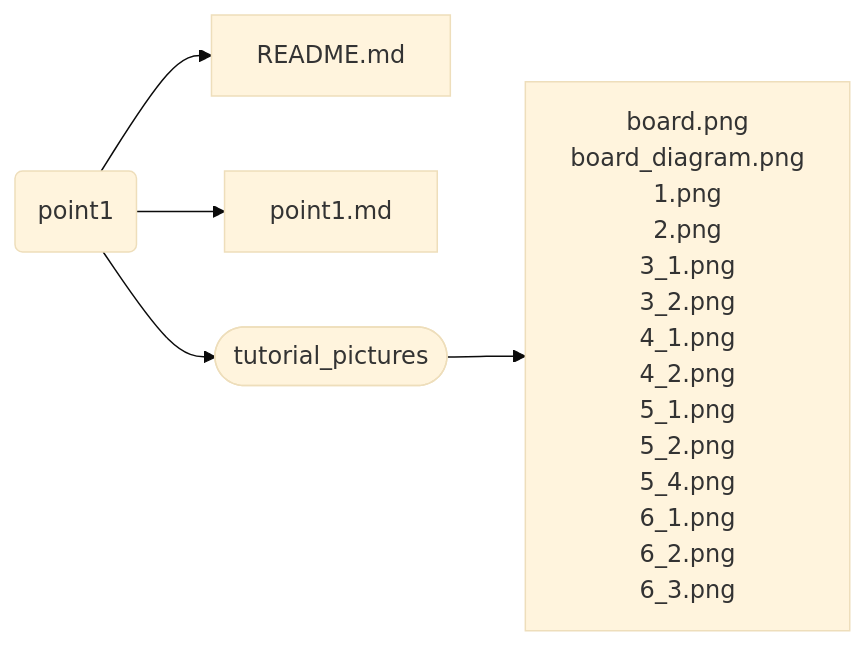
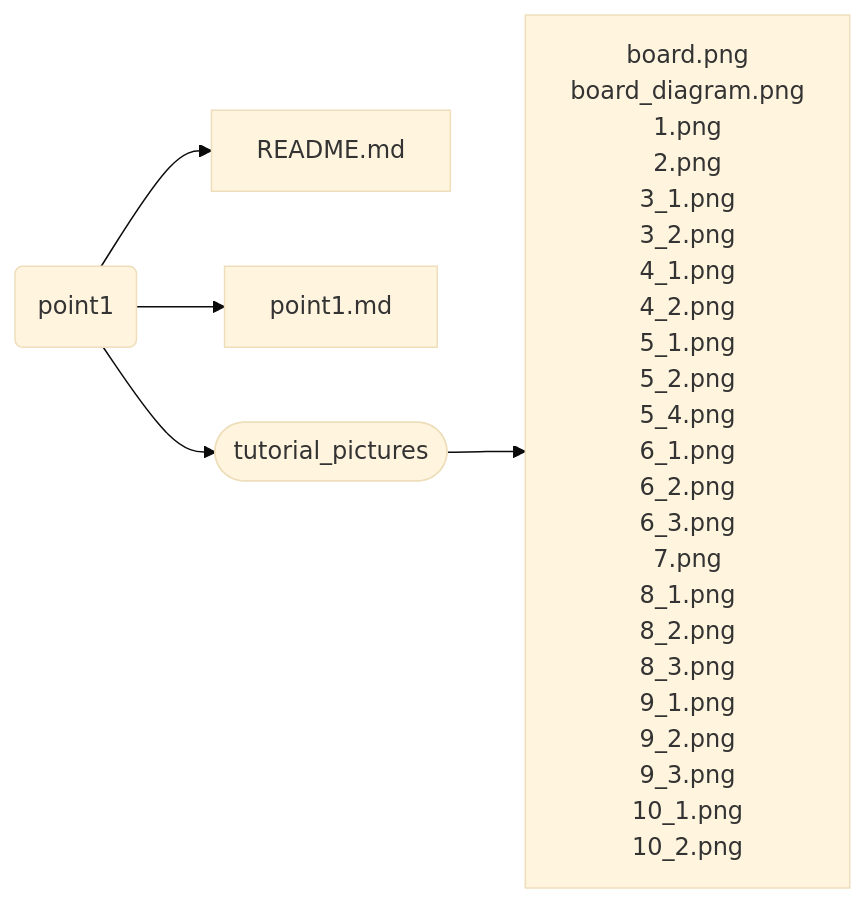
The second of 4 diagrams in README.md (smokyisthatyou/STM32Nucleo64), drawn with Mermaid before and after one commit. The commit also changed other lines of this file, not shown here.

````diff
--- a/README.md
+++ b/README.md
@@ -40,17 +40,16 @@
 ```mermaid
 %%{init: {'theme':'base'}}%%
 graph LR;
 p1(point1)
 p1-->README.md;
 p1-->point1.md;
 p1-->dir([tutorial_pictures]);
-pictures["board.png <br>board_diagram.png <br>1.png <br>2.png <br>3_1.png <br>3_2.png <br>4_1.png <br>4_2.png <br>5_1.png <br>5_2.png <br>5_4.png <br>6_1.png <br>6_2.png <br>6_3.png"]
+pictures["board.png <br>board_diagram.png <br>1.png <br>2.png <br>3_1.png <br>3_2.png <br>4_1.png <br>4_2.png <br>5_1.png <br>5_2.png <br>5_4.png <br>6_1.png <br>6_2.png <br>6_3.png <br>7.png <br>8_1.png <br>8_2.png <br>8_3.png <br>9_1.png <br>9_2.png <br>9_3.png <br>10_1.png <br>10_2.png"]
 dir([tutorial_pictures])-->pictures;
 
 click p1 href "https://baltig.polito.it/caos2023/group2/-/tree/point1" "Link to point1";
-
+click point1.md href "https://baltig.polito.it/caos2023/group2/-/tree/point1/point1.md" "Link to point1.md";
 click README.md href "https://baltig.polito.it/caos2023/group2/-/blob/point1/README.md" "Link to README.md";
-click point1.md href "https://baltig.polito.it/caos2023/group2/-/blob/point1/point1.md" "Link to point1.md";
 click dir href "https://baltig.polito.it/caos2023/group2/-/tree/point1/tutorial_pictures" "Link to tutorial_pictures";
 click pictures href "https://baltig.polito.it/caos2023/group2/-/tree/point1/tutorial_pictures" "Link to tutorial_pictures";
 ```
````
